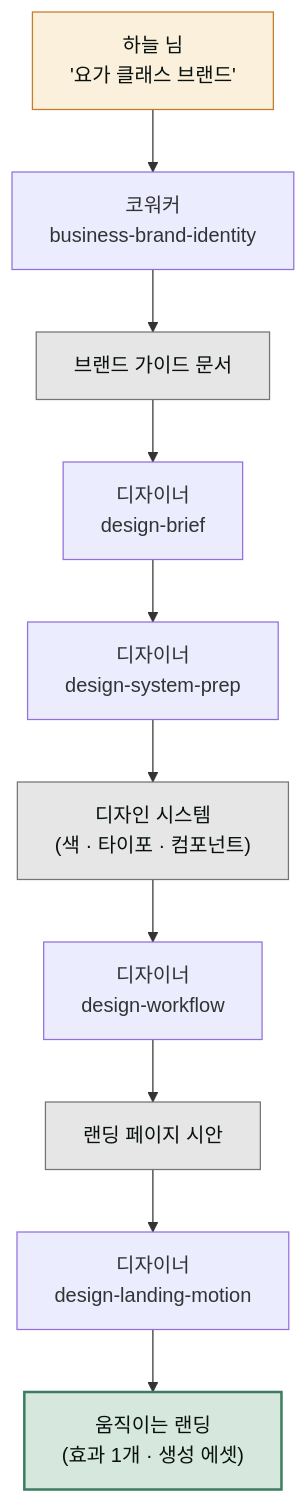
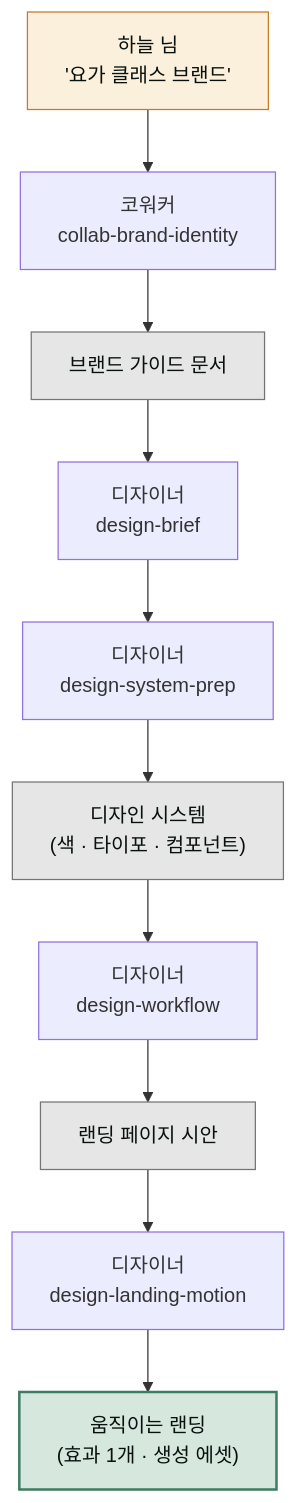
Before and after one commit to modu-ai/cowork-plugins: the diagram in www/content/cookbook/projects/brand-to-landing.md, drawn with Mermaid. The commit also changed other lines of this file and 278 other files, not shown here.

````diff
--- a/www/content/cookbook/projects/brand-to-landing.md
+++ b/www/content/cookbook/projects/brand-to-landing.md
@@ -63,18 +63,18 @@
 ```mermaid
 flowchart TD
-   U["하늘 님<br/>'요가 클래스 브랜드'"] --> W1["코워커<br/>business-brand-identity"]
+   U["하늘 님<br/>'요가 클래스 브랜드'"] --> W1["코워커<br/>collab-brand-identity"]
    W1 --> R1["브랜드 가이드 문서"]
    R1 --> D1["디자이너<br/>design-brief"]
    D1 --> D2["디자이너<br/>design-system-prep"]
    D2 --> R2["디자인 시스템<br/>(색 · 타이포 · 컴포넌트)"]
    R2 --> D3["디자이너<br/>design-workflow"]
    D3 --> R3["랜딩 페이지 시안"]
    R3 --> D4["디자이너<br/>design-landing-motion"]
    D4 --> OUT["움직이는 랜딩<br/>(효과 1개 · 생성 에셋)"]
 
    style U fill:#fbf0dc,stroke:#c47b2a,color:#09110f
    style R1 fill:#e6e6e6,stroke:#757575,color:#09110f
    style R2 fill:#e6e6e6,stroke:#757575,color:#09110f
    style R3 fill:#e6e6e6,stroke:#757575,color:#09110f
    style OUT fill:#d6e7de,stroke:#3d7d5f,stroke-width:2px,color:#09110f
 ```
````
